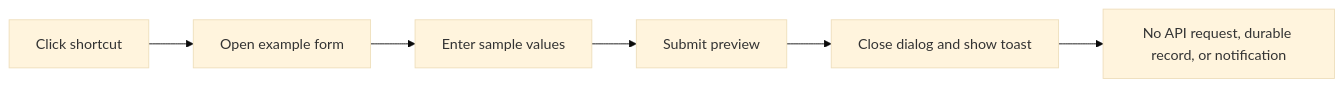
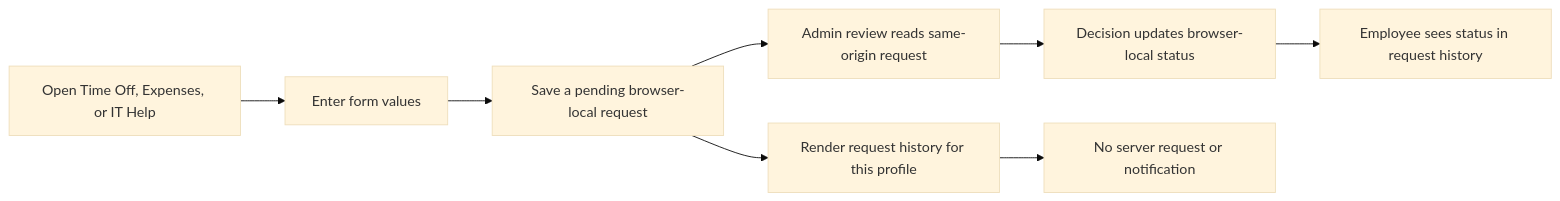
One commit to BlackNubi/Canis-Lupus changed the third of 5 diagrams in SYSTEM_MASTER_OVERVIEW.md. Above: the diagram before and after it, drawn with Mermaid (base theme). The commit also changed other lines of this file, not shown here.

Commit message:
docs: refresh system overview for preview workflows and Rippling benchmark

````diff
--- a/SYSTEM_MASTER_OVERVIEW.md
+++ b/SYSTEM_MASTER_OVERVIEW.md
@@ -307,8 +307,10 @@
 ```mermaid
 flowchart LR
-  A[Click shortcut] --> B[Open example form]
-  B --> C[Enter sample values]
-  C --> D[Submit preview]
-  D --> E[Close dialog and show toast]
-  E --> F[No API request, durable record, or notification]
+  A[Open Time Off, Expenses, or IT Help] --> B[Enter form values]
+  B --> C[Save a pending browser-local request]
+  C --> D[Render request history for this profile]
+  C --> E[Admin review reads same-origin request]
+  E --> F[Decision updates browser-local status]
+  F --> G[Employee sees status in request history]
+  D --> H[No server request or notification]
 ```
````
